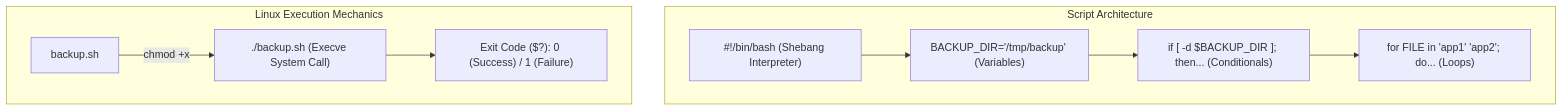
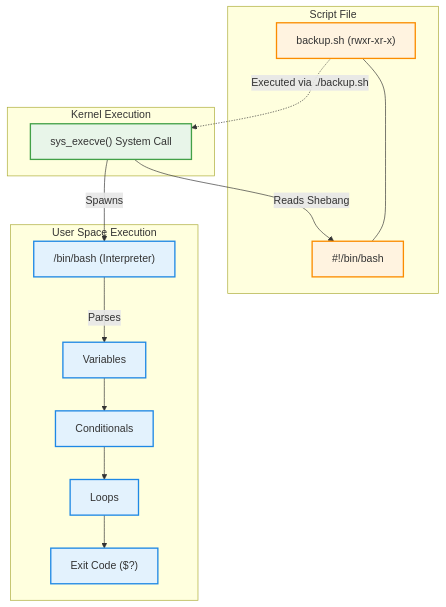
Before and after one commit to aloysiuspattath/platform-engineering-ai-course: the diagram in website/pages/courses/platform-engineering/modules/module-02/lesson-07.md, drawn with Mermaid. The commit also changed 114 other files, not shown here.

Commit message:
refactor: massive swarm diagram review enforcing architectural layers and strict color palette

````diff
--- a/website/pages/courses/platform-engineering/modules/module-02/lesson-07.md
+++ b/website/pages/courses/platform-engineering/modules/module-02/lesson-07.md
@@ -104,13 +104,29 @@
 ```mermaid
 flowchart TD
-    subgraph ScriptCreation [Script Architecture]
-        SHEBANG["#!/bin/bash (Shebang Interpreter)"] --> VARS["BACKUP_DIR='/tmp/backup' (Variables)"]
-        VARS --> COND["if [ -d $BACKUP_DIR ]; then... (Conditionals)"]
-        COND --> LOOP["for FILE in 'app1' 'app2'; do... (Loops)"]
+    classDef userSpace fill:#e3f2fd,stroke:#1e88e5,stroke-width:2px;
+    classDef kernelSpace fill:#e8f5e9,stroke:#43a047,stroke-width:2px;
+    classDef file fill:#fff3e0,stroke:#fb8c00,stroke-width:2px;
+
+    subgraph Filesystem [Script File]
+        FILE["backup.sh (rwxr-xr-x)"]:::file
+        SHEBANG["#!/bin/bash"]:::file
+        FILE --- SHEBANG
     end
 
-    subgraph ExecutionEngine [Linux Execution Mechanics]
-        SCRIPT[backup.sh] -->|chmod +x| EXEC["./backup.sh (Execve System Call)"]
-        EXEC --> EXIT["Exit Code ($?): 0 (Success) / 1 (Failure)"]
+    subgraph UserSpace [User Space Execution]
+        BASH["/bin/bash (Interpreter)"]:::userSpace
+        VAR["Variables"]:::userSpace
+        COND["Conditionals"]:::userSpace
+        LOOP["Loops"]:::userSpace
+        EXIT["Exit Code ($?)"]:::userSpace
     end
+
+    subgraph KernelSpace [Kernel Execution]
+        EXECVE["sys_execve() System Call"]:::kernelSpace
+    end
+
+    FILE -.->|Executed via ./backup.sh| EXECVE
+    EXECVE -->|Reads Shebang| SHEBANG
+    EXECVE -->|Spawns| BASH
+    BASH -->|Parses| VAR --> COND --> LOOP --> EXIT
 ```
````
